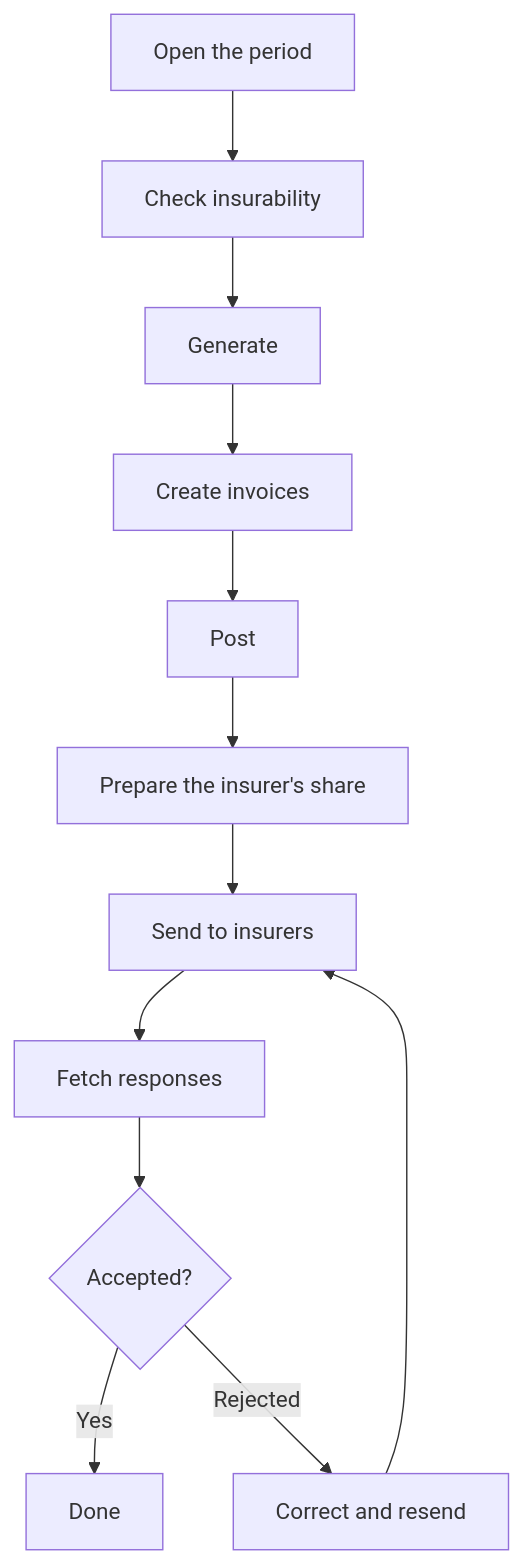
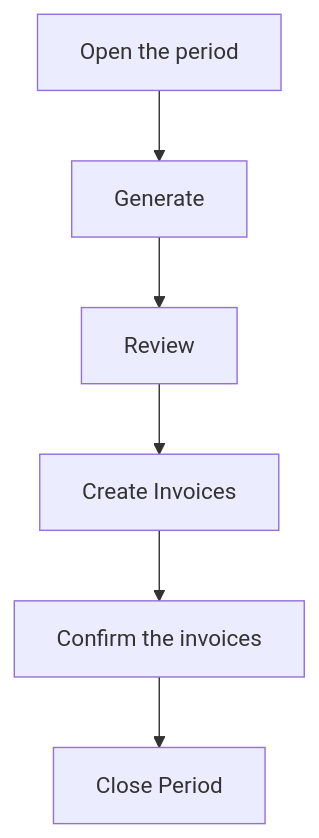
Before and after one commit to lplg-europe/resthome-documentation: the diagram in content/facturation/facturer-un-mois.md, drawn with Mermaid. The commit also changed other lines of this file and 79 other files, not shown here.

````diff
--- a/content/facturation/facturer-un-mois.md
+++ b/content/facturation/facturer-un-mois.md
@@ -114,14 +141,8 @@
 ```mermaid
 graph TD
-  A[Open the period] --> B[Check insurability]
-  B --> C[Generate]
-  C --> D[Create invoices]
-  D --> E[Post]
-  E --> F[Prepare the insurer's share]
-  F --> G[Send to insurers]
-  G --> H[Fetch responses]
-  H --> I{Accepted?}
-  I -->|Yes| J[Done]
-  I -->|Rejected| K[Correct and resend]
-  K --> G
+  A[Open the period] --> B[Generate]
+  B --> C[Review]
+  C --> D[Create Invoices]
+  D --> E[Confirm the invoices]
+  E --> F[Close Period]
 ```
````
